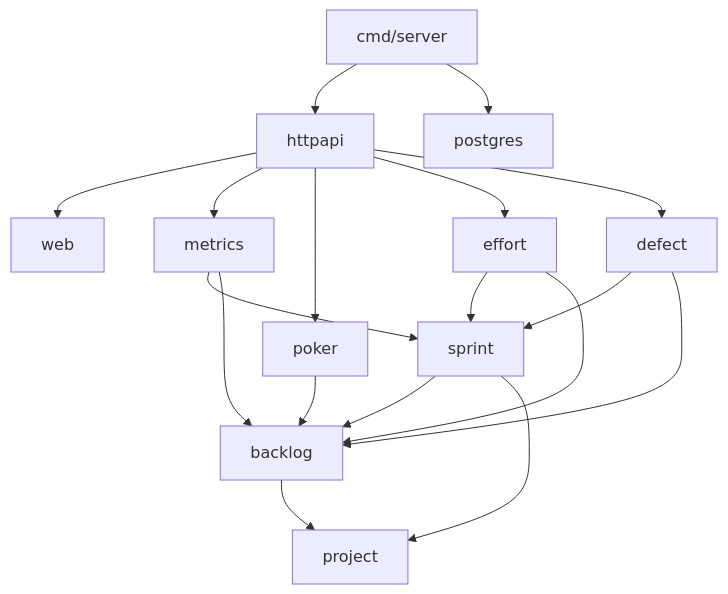
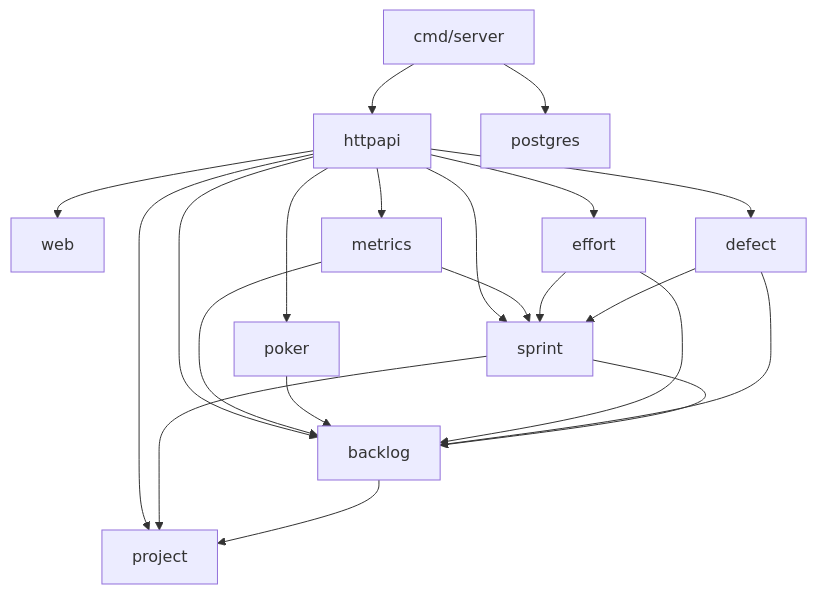
One commit to Elwilsonic/seguimiento-medicion-GPC changed the diagram in docs/documentacion-tecnica.md. Above: the diagram before and after it, drawn with Mermaid. The commit also changed other lines of this file, not shown here.

Commit message:
docs(TEC-06): corregir observaciones de la revisión
Refs #69

````diff
--- a/docs/documentacion-tecnica.md
+++ b/docs/documentacion-tecnica.md
@@ -47,20 +47,23 @@
 ```mermaid
 graph TD
     main[cmd/server] --> httpapi
     main --> postgres
     httpapi --> web
     httpapi --> metrics
     httpapi --> poker
     httpapi --> effort
     httpapi --> defect
+    httpapi --> project
+    httpapi --> backlog
+    httpapi --> sprint
     metrics --> sprint
     metrics --> backlog
     poker --> backlog
     effort --> sprint
     effort --> backlog
     defect --> sprint
     defect --> backlog
     sprint --> backlog
     sprint --> project
     backlog --> project
 ```
````
